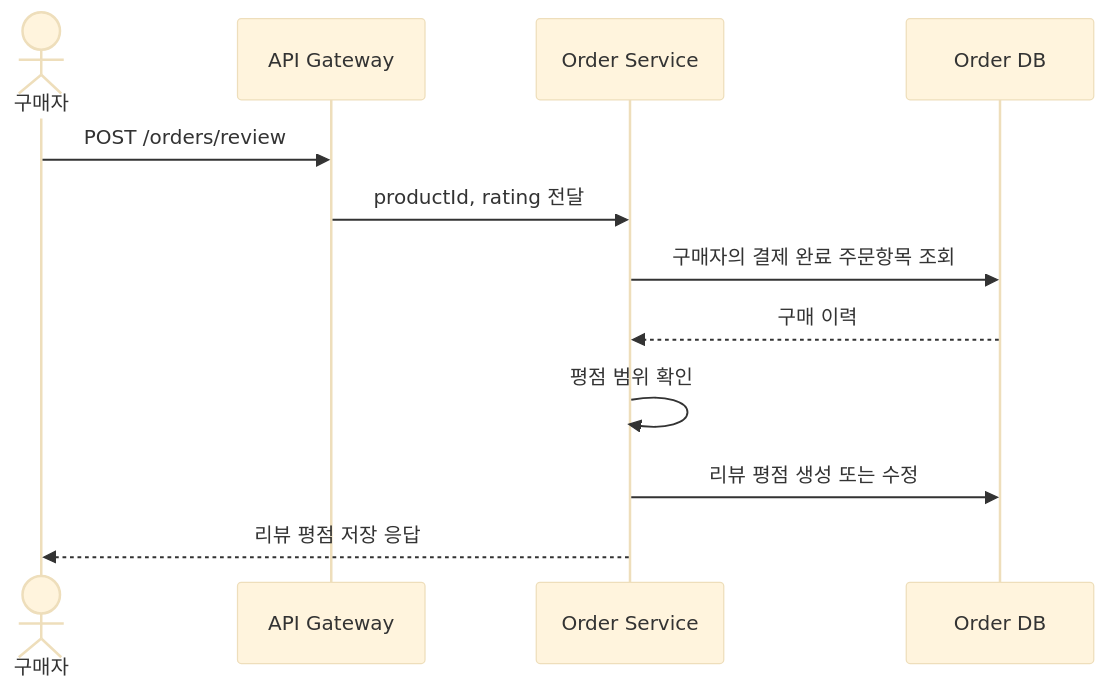
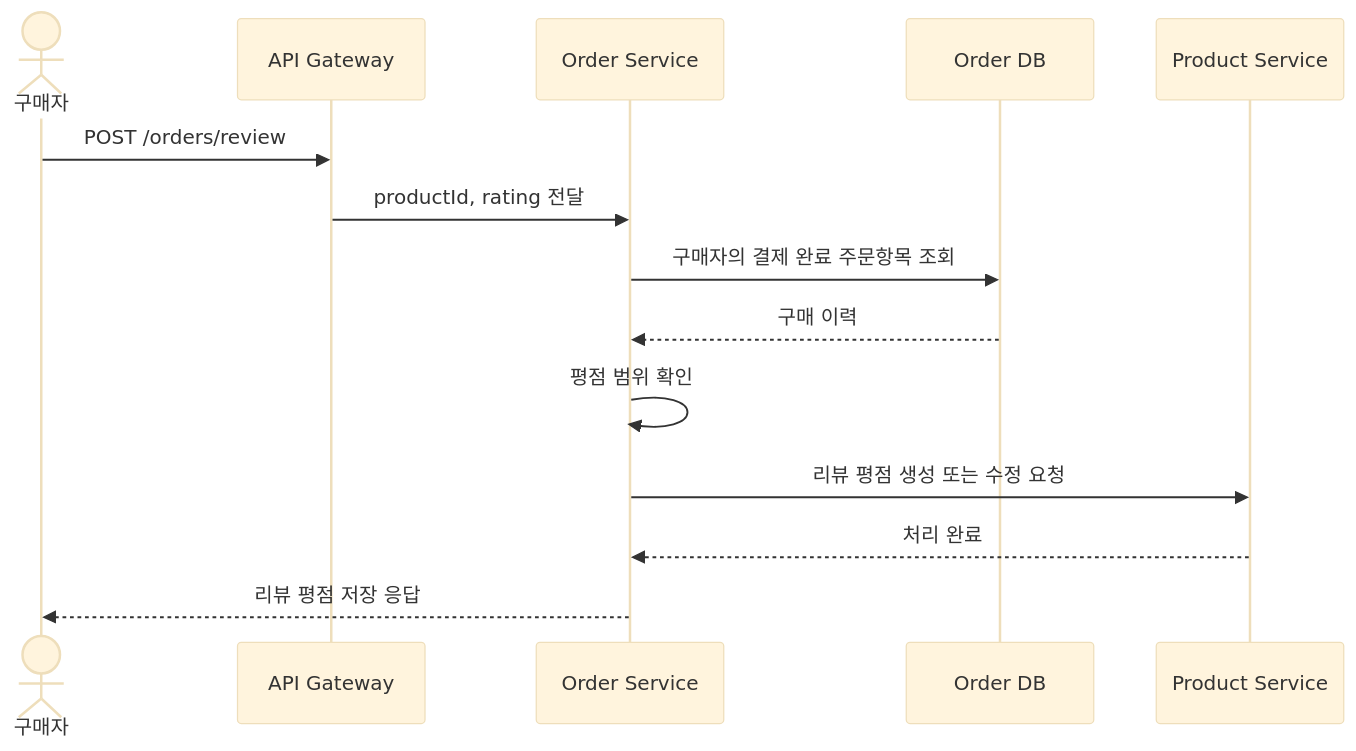
Before and after one commit to prgrms-be-adv-devcourse/beadv6_6_3JMT_BE: the eighth of 22 diagrams in docs/architecture/order-usecase-detail.md, drawn with Mermaid (base theme). The commit also changed other lines of this file, not shown here.

Commit message:
docs: 주문 상품 리뷰 평점 등록 아키텍처 다이어그램 업데이트
- 주문 상품 리뷰 평점 등록 시 주문 서비스가 직접 DB를 수정하는 대신 상품 서비스로 요청을 위임하는 구조를 반영하도록 시퀀스 다이어그램 및 시나리오 갱신

````diff
--- a/docs/architecture/order-usecase-detail.md
+++ b/docs/architecture/order-usecase-detail.md
@@ -328,15 +328,17 @@
 ```mermaid
 sequenceDiagram
     actor Buyer as 구매자
     participant Gateway as API Gateway
     participant Order as Order Service
     participant DB as Order DB
+    participant Product as Product Service
 
     Buyer->>Gateway: POST /orders/review
     Gateway->>Order: productId, rating 전달
     Order->>DB: 구매자의 결제 완료 주문항목 조회
     DB-->>Order: 구매 이력
     Order->>Order: 평점 범위 확인
-    Order->>DB: 리뷰 평점 생성 또는 수정
+    Order->>Product: 리뷰 평점 생성 또는 수정 요청
+    Product-->>Order: 처리 완료
     Order-->>Buyer: 리뷰 평점 저장 응답
 ```
````
